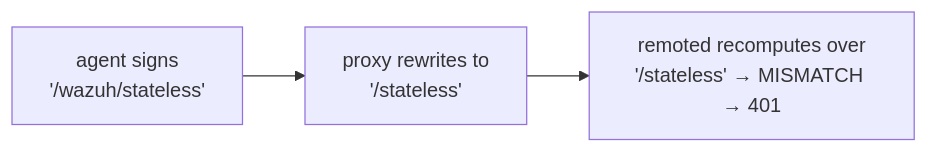
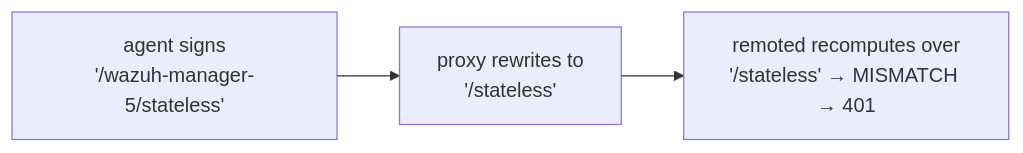
One commit to wazuh/wazuh changed the fifth of 9 diagrams in docs/ref/modules/remoted/load-balancers/README.md. Above: the diagram before and after it, drawn with Mermaid. The commit also changed other lines of this file and 6 other files, not shown here.

````diff
--- a/docs/ref/modules/remoted/load-balancers/README.md
+++ b/docs/ref/modules/remoted/load-balancers/README.md
@@ -135,4 +134,4 @@
 ```mermaid
 flowchart LR
-    A["agent signs<br/>'/wazuh/stateless'"] --> N["proxy rewrites to<br/>'/stateless'"] --> R["remoted recomputes over<br/>'/stateless' → MISMATCH → 401"]
+    A["agent signs<br/>'/wazuh-manager-5/stateless'"] --> N["proxy rewrites to<br/>'/stateless'"] --> R["remoted recomputes over<br/>'/stateless' → MISMATCH → 401"]
 ```
````
